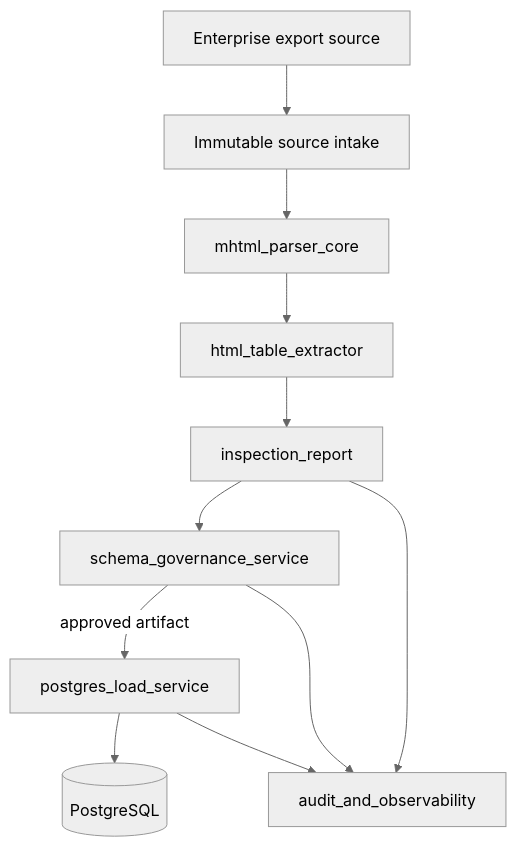
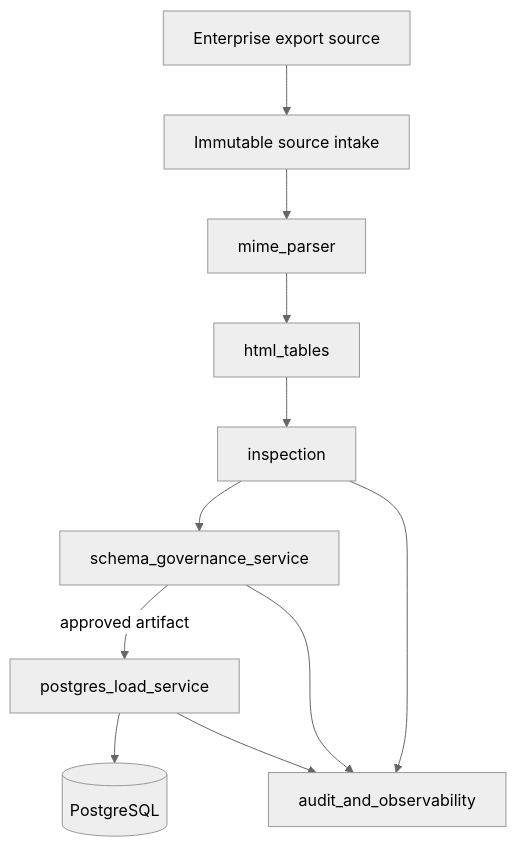
One commit to ContextualWisdomLab/mhtml-etl-gateway changed the first of 3 diagrams in docs/ARCHITECTURE.md. Above: the diagram before and after it, drawn with Mermaid (neutral theme). The commit also changed other lines of this file, not shown here.

Commit message:
docs: align architecture with implemented modules and privacy boundary

````diff
--- a/docs/ARCHITECTURE.md
+++ b/docs/ARCHITECTURE.md
@@ -7,13 +7,13 @@
 ```mermaid
 flowchart TB
     S[Enterprise export source] --> I[Immutable source intake]
-    I --> C[mhtml_parser_core]
-    C --> E[html_table_extractor]
-    E --> R[inspection_report]
+    I --> C[mime_parser]
+    C --> E[html_tables]
+    E --> R[inspection]
     R --> G[schema_governance_service]
     G -->|approved artifact| L[postgres_load_service]
     L --> P[(PostgreSQL)]
     R --> O[audit_and_observability]
     G --> O
     L --> O
 ```
````
